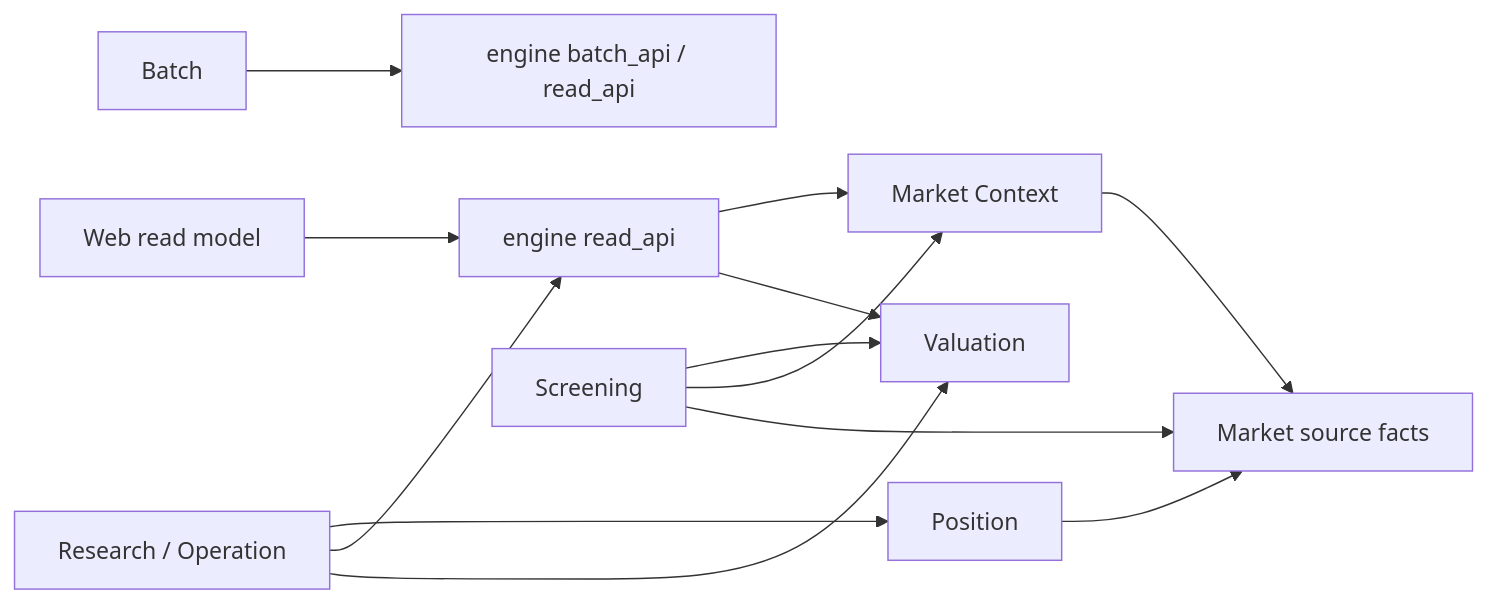
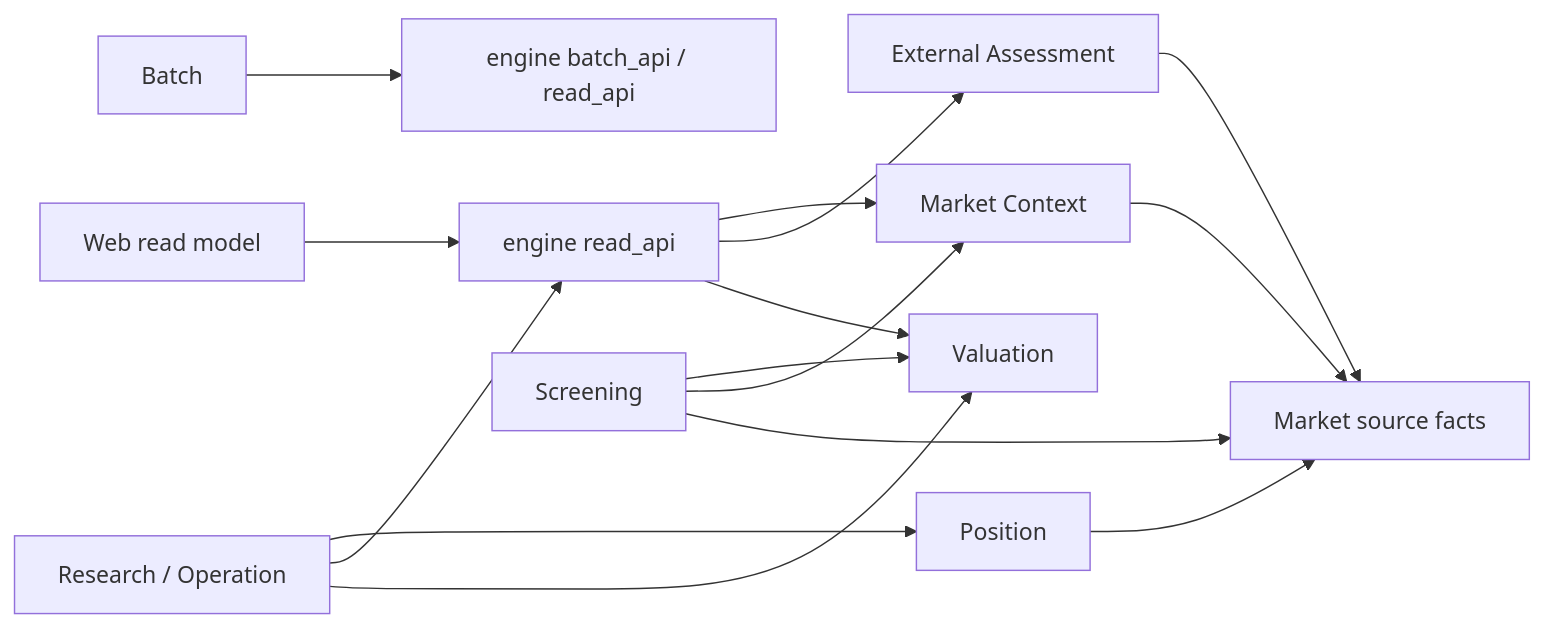
The diagram in docs/architecture.md (koumatsumoto/baibai-loop), drawn with Mermaid before and after one commit. The commit also changed other lines of this file and 47 other files, not shown here.

````diff
--- a/docs/architecture.md
+++ b/docs/architecture.md
@@ -16,15 +16,17 @@
 ```mermaid
 flowchart LR
     web[Web read model] --> read[engine read_api]
     batch[Batch] --> api[engine batch_api / read_api]
     research[Research / Operation] --> position[Position]
     research --> read
     research --> valuation[Valuation]
     screening --> valuation
     screening --> context[Market Context]
     read --> context
     context --> market
+    read --> external[External Assessment]
+    external --> market
     read --> valuation
     screening[Screening] --> market[Market source facts]
     position --> market
 ```
````
